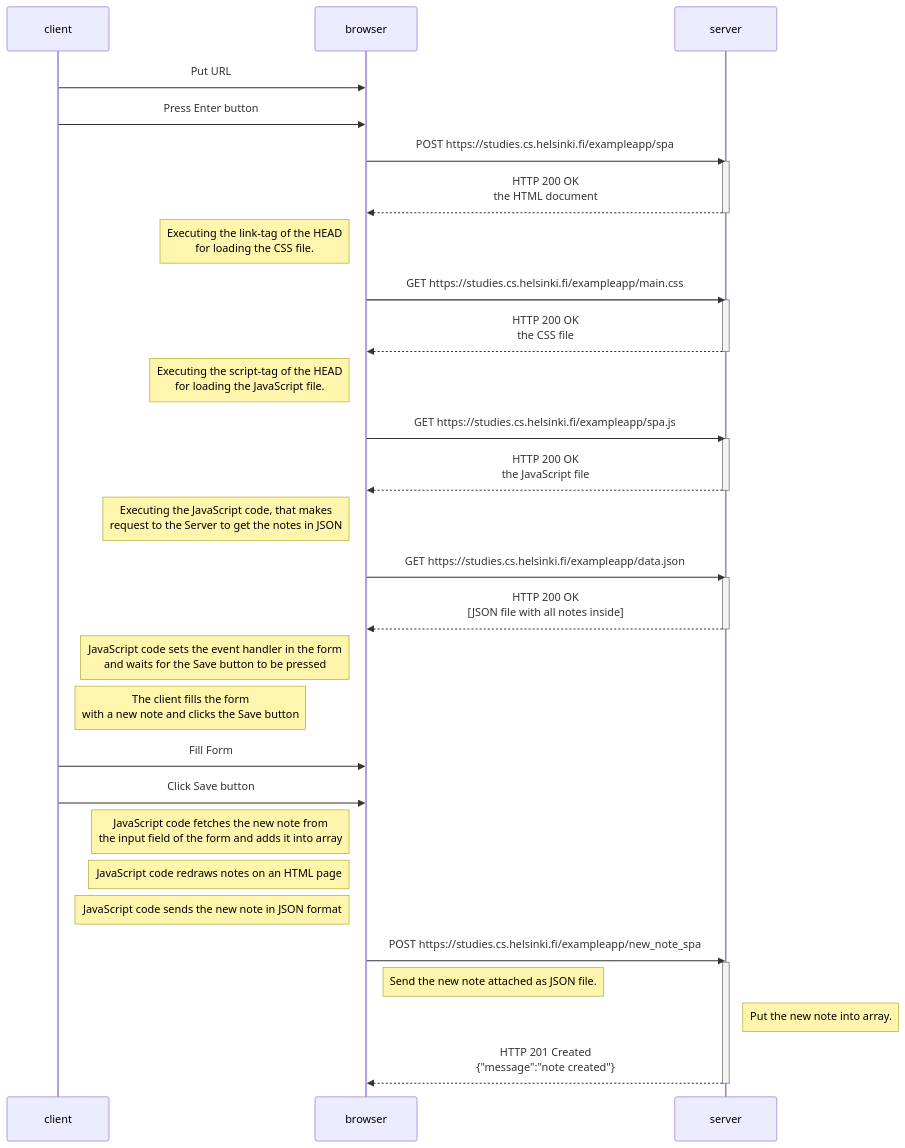
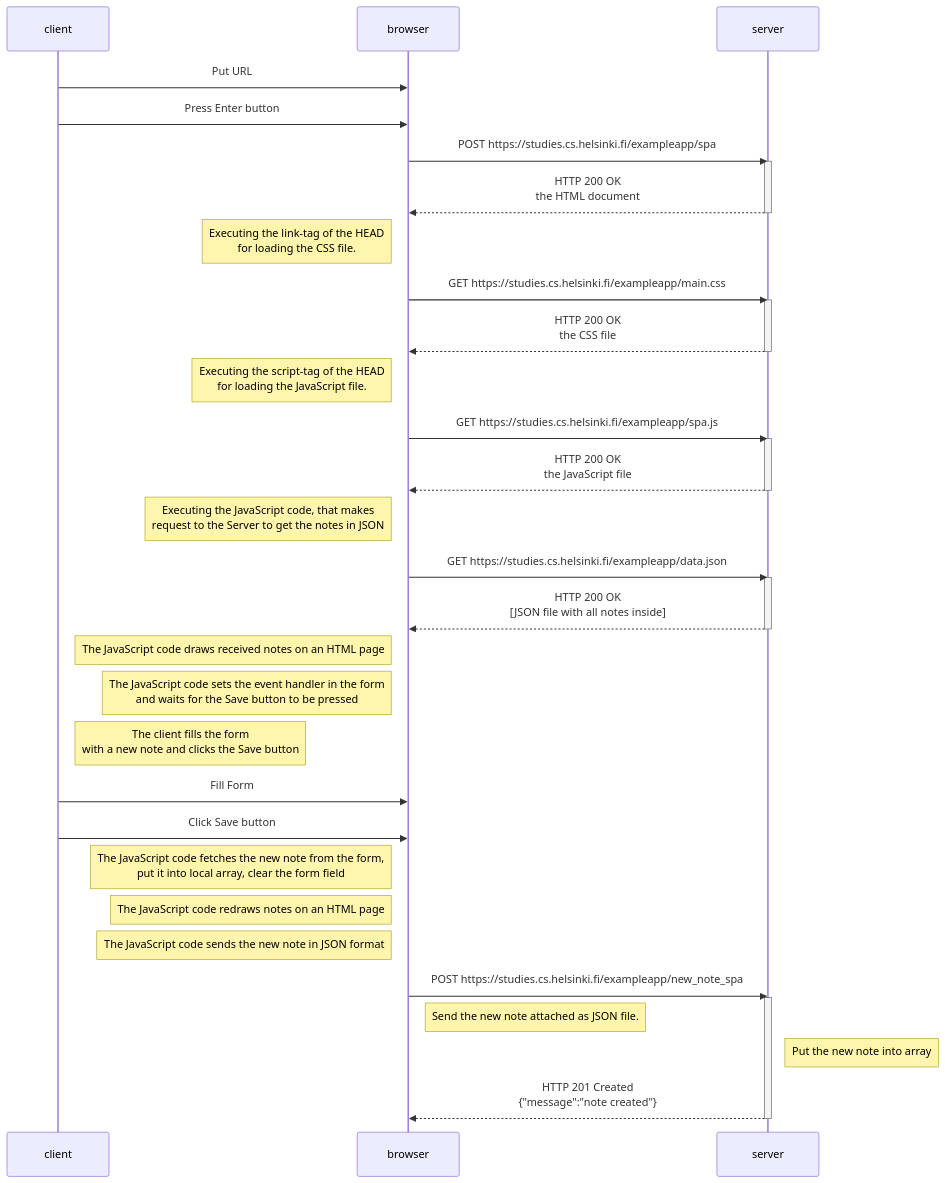
Before and after one commit to VadimZubchenko/fullstack-open-tehtavat: the diagram in osa0/Single_Page_App/README.md, drawn with Mermaid.

Commit message:
Syntax cor.

````diff
--- a/osa0/Single_Page_App/README.md
+++ b/osa0/Single_Page_App/README.md
@@ -1,47 +1,48 @@
 ```mermaid
 sequenceDiagram
     participant client
     participant browser
     participant server
     
     client->>browser: Put URL 
     client->>browser: Press Enter button
     browser->>server: POST https://studies.cs.helsinki.fi/exampleapp/spa
     activate server
     server-->>browser: HTTP 200 OK<br/>the HTML document
     deactivate server
 
     Note left of browser: Executing the link-tag of the HEAD<br/>for loading the CSS file.
     browser->>server: GET https://studies.cs.helsinki.fi/exampleapp/main.css
     activate server
     server-->>browser: HTTP 200 OK<br/>the CSS file
     deactivate server
 
     Note left of browser: Executing the script-tag of the HEAD<br/>for loading the JavaScript file.
     browser->>server: GET https://studies.cs.helsinki.fi/exampleapp/spa.js
     activate server
     server-->>browser: HTTP 200 OK<br/>the JavaScript file
     deactivate server
 
     Note left of browser: Executing the JavaScript code, that makes<br/>request to the Server to get the notes in JSON 
     browser->>server: GET https://studies.cs.helsinki.fi/exampleapp/data.json
     activate server
     server-->>browser: HTTP 200 OK<br/>[JSON file with all notes inside]
     deactivate server
 
-    Note left of browser: JavaScript code sets the event handler in the form<br/>and waits for the Save button to be pressed 
+    Note left of browser: The JavaScript code draws received notes on an HTML page 
+    Note left of browser: The JavaScript code sets the event handler in the form<br/>and waits for the Save button to be pressed 
     Note right of client: The client fills the form<br/>with a new note and clicks the Save button 
     
     client->>browser: Fill Form
     client->>browser: Click Save button
-    Note left of browser: JavaScript code fetches the new note from<br/>the input field of the form and adds it into array
-    Note left of browser: JavaScript code redraws notes on an HTML page 
-    Note left of browser: JavaScript code sends the new note in JSON format
+    Note left of browser: The JavaScript code fetches the new note from the form,<br/>put it into local array, clear the form field
+    Note left of browser: The JavaScript code redraws notes on an HTML page 
+    Note left of browser: The JavaScript code sends the new note in JSON format
     browser->>server: POST https://studies.cs.helsinki.fi/exampleapp/new_note_spa
     activate server
     Note right of browser: Send the new note attached as JSON file.
-    Note right of server: Put the new note into array.
+    Note right of server: Put the new note into array
     server-->>browser: HTTP 201 Created<br/>{"message":"note created"}
     deactivate server    
 
 ```
````
